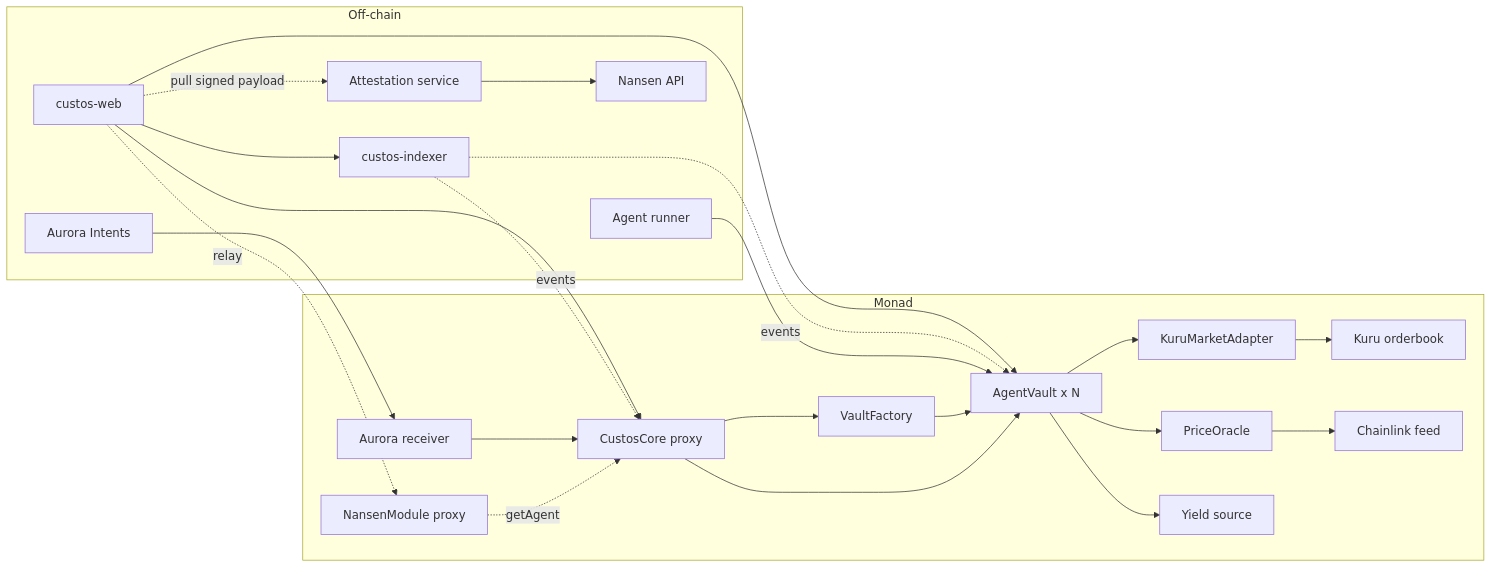
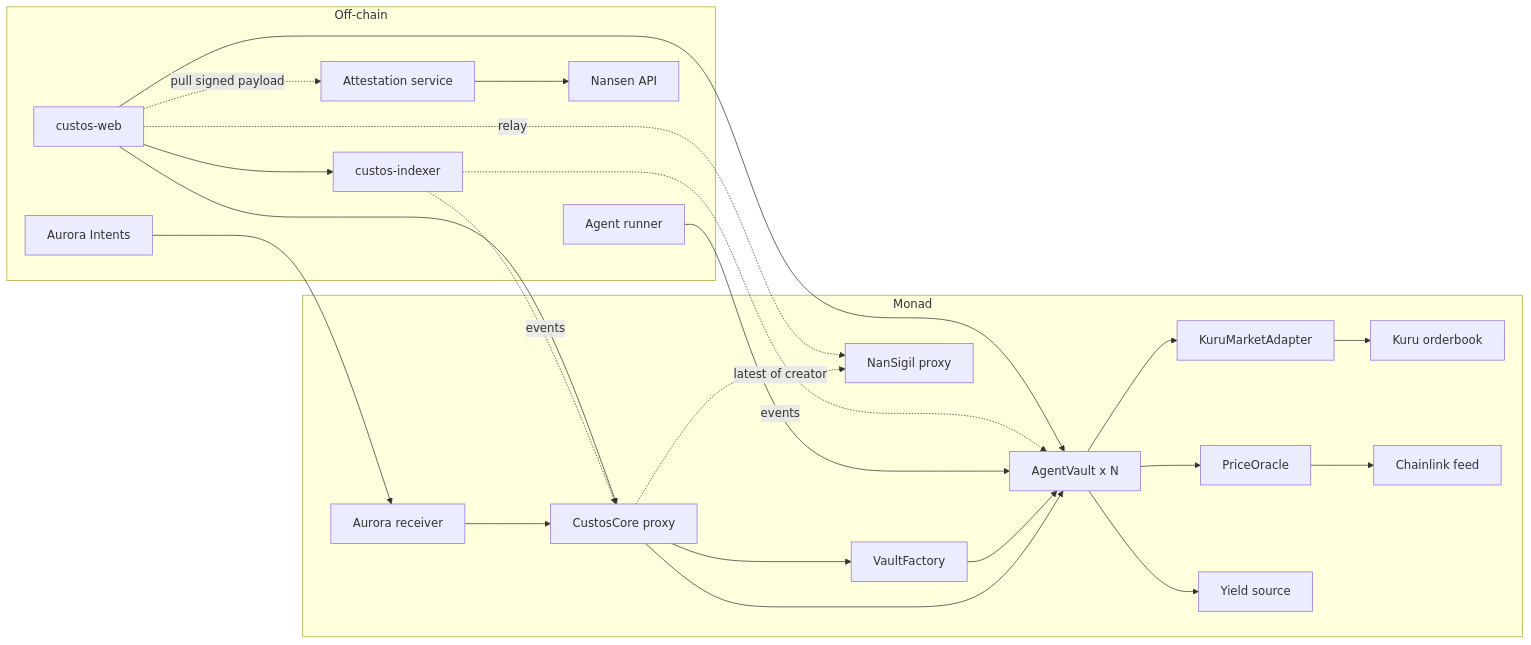
Before and after one commit to custos-vault-agent/.github: the first of 3 diagrams in profile/README.md, drawn with Mermaid. The commit also changed other lines of this file, not shown here.

````diff
--- a/profile/README.md
+++ b/profile/README.md
@@ -48,42 +49,42 @@
 ```mermaid
 flowchart LR
     subgraph offchain [Off-chain]
         Web[custos-web]
         Indexer[custos-indexer]
         Runner[Agent runner]
         Attestor[Attestation service]
         Nansen[Nansen API]
         Aurora[Aurora Intents]
     end
 
     subgraph monad [Monad]
         Core[CustosCore proxy]
         Factory[VaultFactory]
         Oracle[PriceOracle]
-        NansenMod[NansenModule proxy]
+        Sigil[NanSigil proxy]
         Vault[AgentVault x N]
         Adapter[KuruMarketAdapter]
         Kuru[Kuru orderbook]
         Yield[Yield source]
         Feed[Chainlink feed]
         Receiver[Aurora receiver]
     end
 
     Web --> Core
     Web --> Vault
     Web --> Indexer
     Indexer -.events.-> Core
     Indexer -.events.-> Vault
     Runner --> Vault
     Attestor --> Nansen
     Web -.pull signed payload.-> Attestor
-    Web -.relay.-> NansenMod
+    Web -.relay.-> Sigil
     Aurora --> Receiver --> Core
 
     Core --> Factory --> Vault
     Core --> Vault
     Vault --> Adapter --> Kuru
     Vault --> Yield
     Vault --> Oracle --> Feed
-    NansenMod -.getAgent.-> Core
+    Core -.latest of creator.-> Sigil
 ```
````
